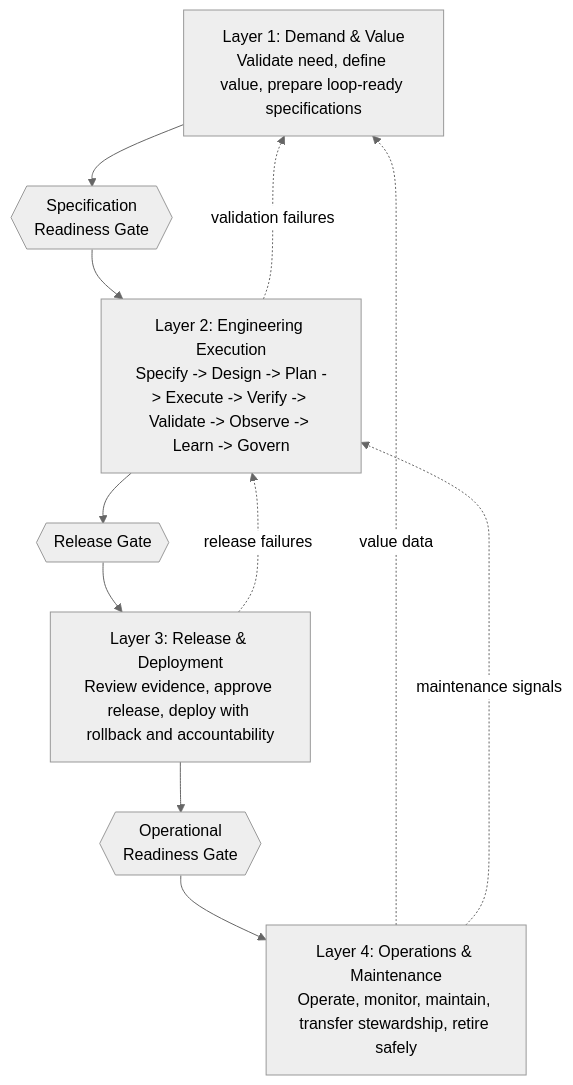
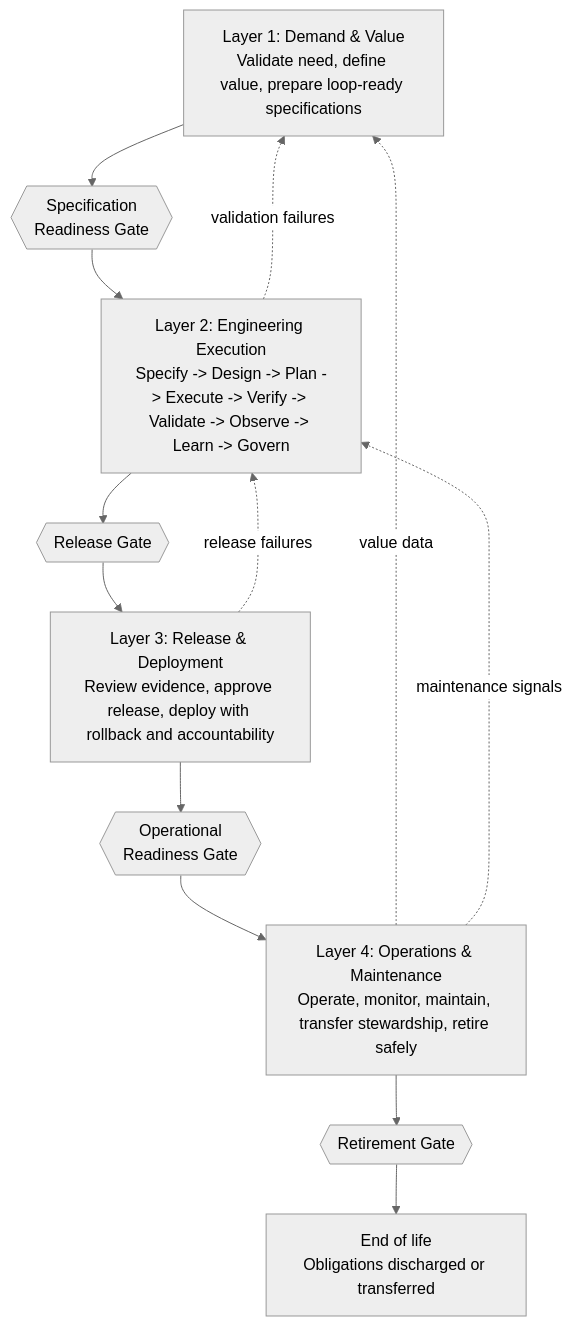
Before and after one commit to arnaudgelas/asdlc: the diagram in README.md, drawn with Mermaid (neutral theme). The commit also changed other lines of this file and 18 other files, not shown here.

First line of the commit message:
docs: evolve ASDLC model with Retirement Gate and canonical registry

````diff
--- a/README.md
+++ b/README.md
@@ -79,16 +79,18 @@
 ```mermaid
 flowchart TB
     L1["Layer 1: Demand & Value\nValidate need, define value, prepare loop-ready specifications"]
     G1{{"Specification\nReadiness Gate"}}
     L2["Layer 2: Engineering Execution\nSpecify -> Design -> Plan -> Execute -> Verify -> Validate -> Observe -> Learn -> Govern"]
     G2{{"Release Gate"}}
     L3["Layer 3: Release & Deployment\nReview evidence, approve release, deploy with rollback and accountability"]
     G3{{"Operational\nReadiness Gate"}}
     L4["Layer 4: Operations & Maintenance\nOperate, monitor, maintain, transfer stewardship, retire safely"]
+    G4{{"Retirement Gate"}}
+    EOL["End of life\nObligations discharged or transferred"]
 
-    L1 --> G1 --> L2 --> G2 --> L3 --> G3 --> L4
+    L1 --> G1 --> L2 --> G2 --> L3 --> G3 --> L4 --> G4 --> EOL
     L4 -.->|"value data"| L1
     L4 -.->|"maintenance signals"| L2
     L3 -.->|"release failures"| L2
     L2 -.->|"validation failures"| L1
 ```
````
